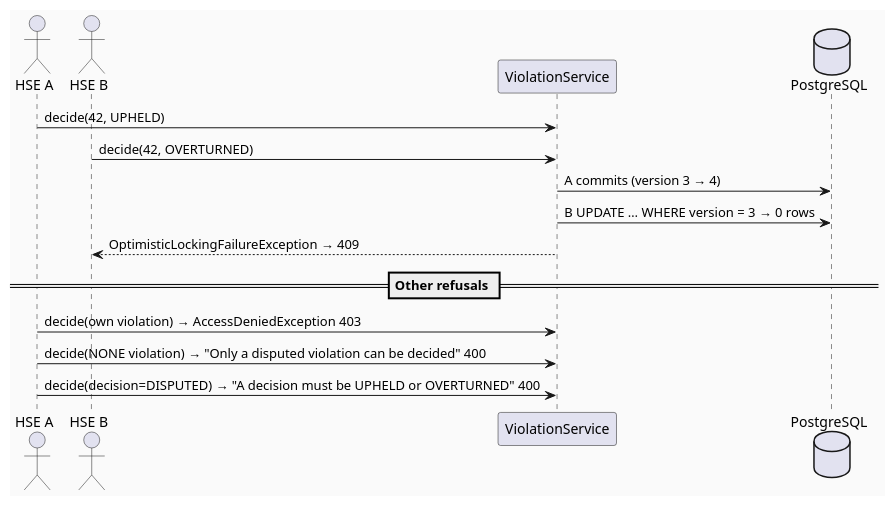
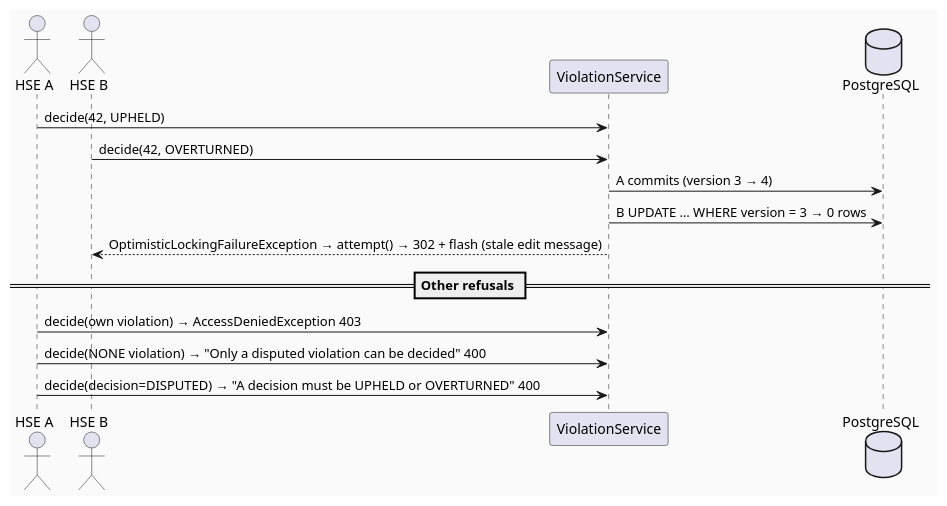
The third of 4 diagrams in 03_implement/STEELSIGHT-PPE-IMP-001_TDS.md (OwOchiii/steelsight_erp), drawn with PlantUML before and after one commit. The commit also changed other lines of this file and 50 other files, not shown here.

````diff
--- a/03_implement/STEELSIGHT-PPE-IMP-001_TDS.md
+++ b/03_implement/STEELSIGHT-PPE-IMP-001_TDS.md
@@ -332,20 +333,20 @@
 ```plantuml
 @startuml PPE_SequenceDiagram_ErrorPath
 skinparam backgroundColor #FAFAFA
 actor "HSE A" as A
 actor "HSE B" as B
 participant "ViolationService" as VS
 database "PostgreSQL" as DB
 
 A -> VS : decide(42, UPHELD)
 B -> VS : decide(42, OVERTURNED)
 VS -> DB : A commits (version 3 → 4)
 VS -> DB : B UPDATE … WHERE version = 3 → 0 rows
-VS --> B : OptimisticLockingFailureException → 409
+VS --> B : OptimisticLockingFailureException → attempt() → 302 + flash (stale edit message)
 
 == Other refusals ==
 A -> VS : decide(own violation) → AccessDeniedException 403
 A -> VS : decide(NONE violation) → "Only a disputed violation can be decided" 400
 A -> VS : decide(decision=DISPUTED) → "A decision must be UPHELD or OVERTURNED" 400
 @enduml
 ```
````
